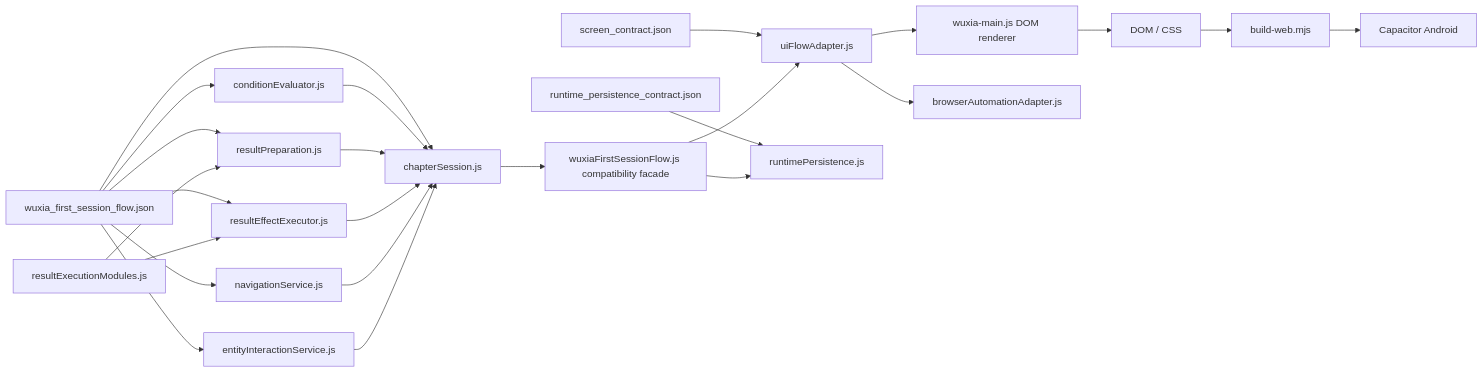
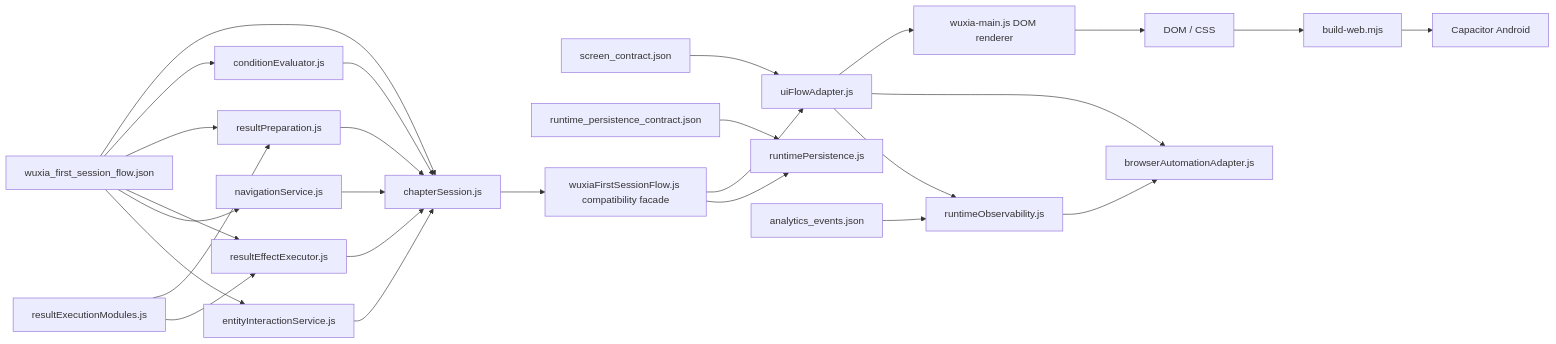
The first of 2 diagrams in docs/codex_game_development_os/SYSTEM_ARCHITECTURE.md (hjklmn314/idlewuxia), drawn with Mermaid before and after one commit. The commit also changed other lines of this file and 51 other files, not shown here.

Commit message:
feat: harden combat saves and runtime observability

````diff
--- a/docs/codex_game_development_os/SYSTEM_ARCHITECTURE.md
+++ b/docs/codex_game_development_os/SYSTEM_ARCHITECTURE.md
@@ -14,26 +14,29 @@
 ```mermaid
 flowchart LR
     A["wuxia_first_session_flow.json"] --> P["chapterSession.js"]
     C["screen_contract.json"] --> U["uiFlowAdapter.js"]
     E["runtime_persistence_contract.json"] --> F["runtimePersistence.js"]
+    OBS["analytics_events.json"] --> OL["runtimeObservability.js"]
     A --> K["conditionEvaluator.js"]
     A --> L["resultPreparation.js"]
     A --> M["resultEffectExecutor.js"]
     A --> N["navigationService.js"]
     A --> O["entityInteractionService.js"]
     K --> P
     L --> P
     M --> P
     N --> P
     O --> P
     P --> B["wuxiaFirstSessionFlow.js compatibility facade"]
     B --> U
     U --> D["wuxia-main.js DOM renderer"]
     U --> BA["browserAutomationAdapter.js"]
+    U --> OL
+    OL --> BA
     D --> G["DOM / CSS"]
     B --> F
     H["resultExecutionModules.js"] --> L
     H --> M
     G --> I["build-web.mjs"]
     I --> J["Capacitor Android"]
 ```
````
